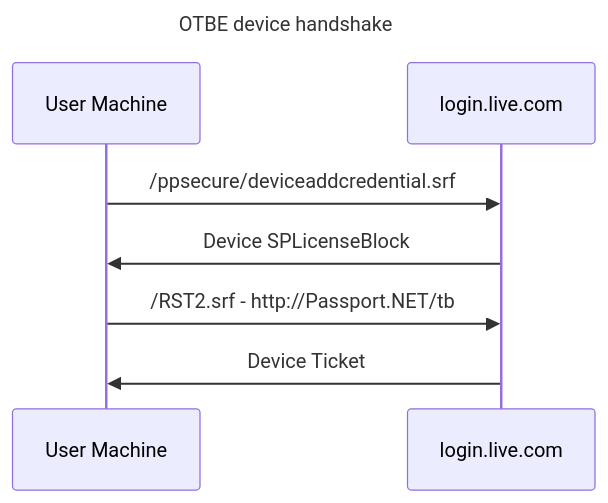
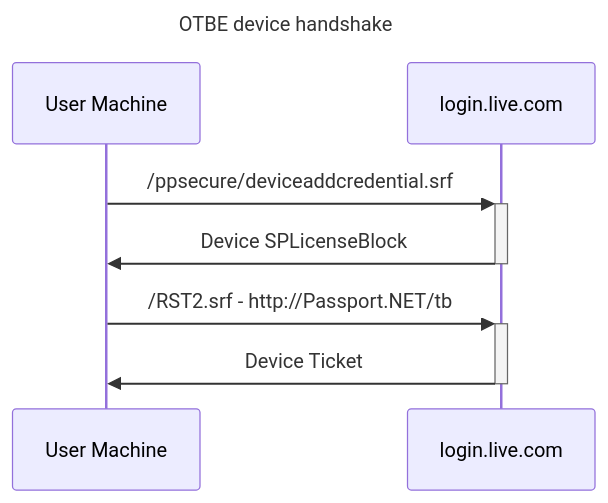
The diagram in docs/device.md (imLinguin/xodus), drawn with Mermaid before and after one commit. The commit also changed 1 other file, not shown here.

Commit message:
tools: add a dumper tool for dmi and drive serial data

````diff
--- a/docs/device.md
+++ b/docs/device.md
@@ -5,12 +5,12 @@
 ```mermaid
 ---
 title: OTBE device handshake 
 ---
 sequenceDiagram
     participant A as User Machine
     participant B as login.live.com
-    A->>B:/ppsecure/deviceaddcredential.srf
-    B->>A:Device SPLicenseBlock
-    A->>B:/RST2.srf - http://Passport.NET/tb
-    B->>A:Device Ticket
+    A->>+B:/ppsecure/deviceaddcredential.srf
+    B->>-A:Device SPLicenseBlock
+    A->>+B:/RST2.srf - http://Passport.NET/tb
+    B->>-A:Device Ticket
 ```
````
